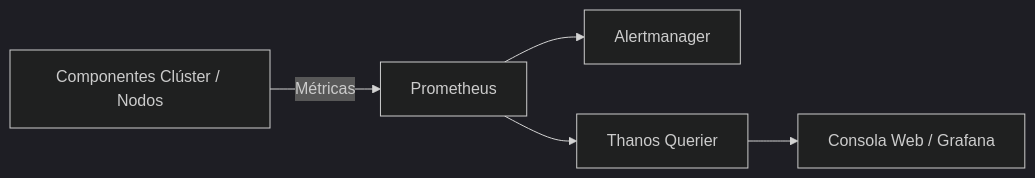
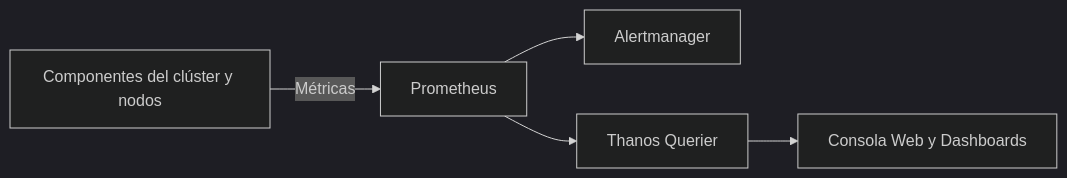
One commit to ieftraining/curso-openshift changed the first of 3 diagrams in docs/sesion3/3.1 Metricas y cuadros de mando.md. Above: the diagram before and after it, drawn with Mermaid (dark theme). The commit also changed other lines of this file, not shown here.

````diff
--- a/docs/sesion3/3.1 Metricas y cuadros de mando.md
+++ b/docs/sesion3/3.1 Metricas y cuadros de mando.md
@@ -27,7 +27,10 @@
 ```mermaid
 flowchart LR
-    A[Componentes Clúster / Nodos] -->|Métricas| B[Prometheus]
+    A[Componentes del clúster y nodos]
+    -->|Métricas| B[Prometheus]
+
     B --> C[Alertmanager]
     B --> D[Thanos Querier]
-    D --> E[Consola Web / Grafana]
+
+    D --> E[Consola Web y Dashboards]
 ```
````
